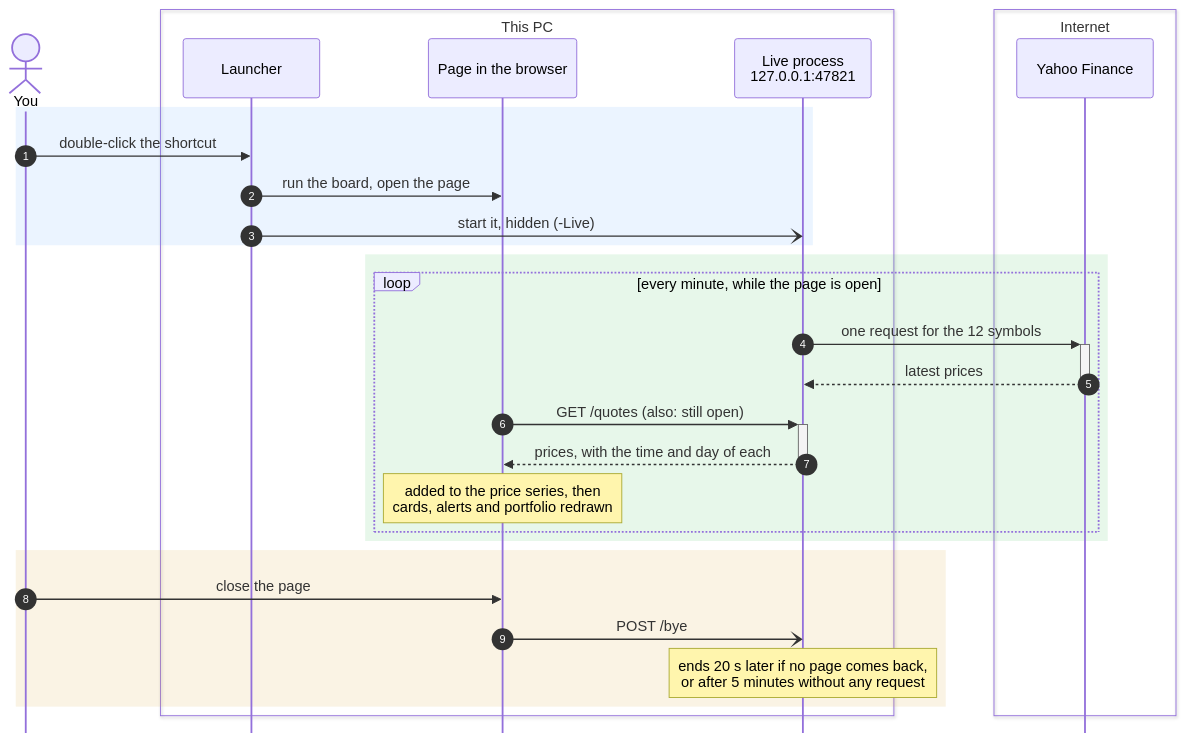
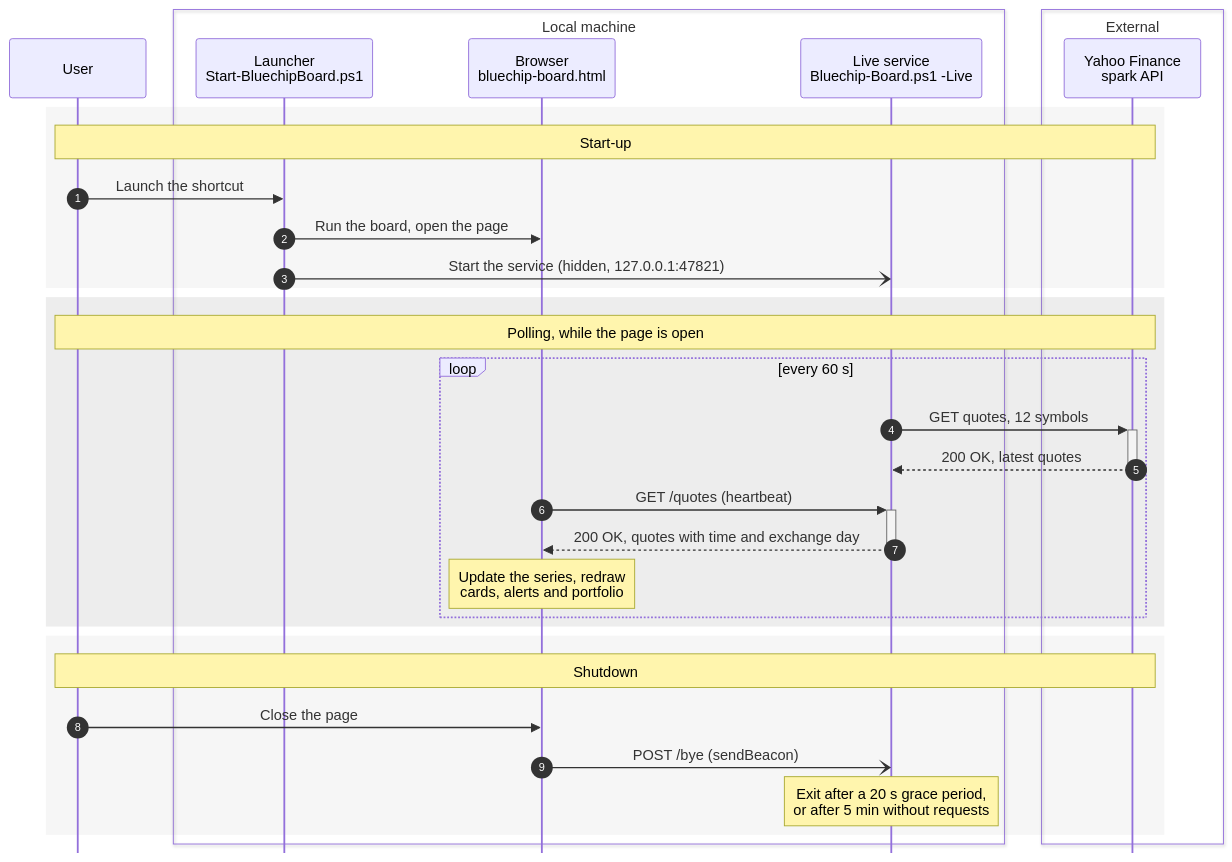
The first of 6 diagrams in README.md (biazini/BluechipBoard), drawn with Mermaid before and after one commit. The commit also changed other lines of this file and 1 other file, not shown here.

Commit message:
Docs: website layout in draw.io, formal live-prices diagram
- docs/website-layout.drawio.svg: the page (header with the asset filter and
  exchange status, the snapshot cards, the tabs and their content, the footer)
  in the site's own colours; replaces the text sketch in "The website".
- The live-prices sequence diagram in a formal style: User as a participant
  (no stick figure), technical names, HTTP messages, neutral phases titled
  Start-up, Polling and Shutdown.
All Mermaid blocks checked with Mermaid 11 (light and dark).

````diff
--- a/README.md
+++ b/README.md
@@ -42,33 +42,36 @@
 ```mermaid
 %%{init: {'sequence': {'mirrorActors': false}}}%%
 sequenceDiagram
     autonumber
-    actor U as You
-    box transparent This PC
-        participant L as Launcher
-        participant B as Page in the browser
-        participant P as Live process<br/>127.0.0.1:47821
+    participant U as User
+    box transparent Local machine
+        participant L as Launcher<br/>Start-BluechipBoard.ps1
+        participant B as Browser<br/>bluechip-board.html
+        participant P as Live service<br/>Bluechip-Board.ps1 -Live
     end
-    box transparent Internet
-        participant Y as Yahoo Finance
+    box transparent External
+        participant Y as Yahoo Finance<br/>spark API
     end
-    rect rgba(88,166,255,0.12)
-        U->>L: double-click the shortcut
-        L->>B: run the board, open the page
-        L-)P: start it, hidden (-Live)
+    rect rgba(128,128,128,0.07)
+        Note over U,Y: Start-up
+        U->>L: Launch the shortcut
+        L->>B: Run the board, open the page
+        L-)P: Start the service (hidden, 127.0.0.1:47821)
     end
-    rect rgba(63,185,80,0.12)
-        loop every minute, while the page is open
-            P->>+Y: one request for the 12 symbols
-            Y-->>-P: latest prices
-            B->>+P: GET /quotes (also: still open)
-            P-->>-B: prices, with the time and day of each
-            Note over B: added to the price series, then<br/>cards, alerts and portfolio redrawn
+    rect rgba(128,128,128,0.14)
+        Note over U,Y: Polling, while the page is open
+        loop every 60 s
+            P->>+Y: GET quotes, 12 symbols
+            Y-->>-P: 200 OK, latest quotes
+            B->>+P: GET /quotes (heartbeat)
+            P-->>-B: 200 OK, quotes with time and exchange day
+            Note over B: Update the series, redraw<br/>cards, alerts and portfolio
         end
     end
-    rect rgba(210,153,34,0.12)
-        U->>B: close the page
-        B-)P: POST /bye
-        Note over P: ends 20 s later if no page comes back,<br/>or after 5 minutes without any request
+    rect rgba(128,128,128,0.07)
+        Note over U,Y: Shutdown
+        U->>B: Close the page
+        B-)P: POST /bye (sendBeacon)
+        Note over P: Exit after a 20 s grace period,<br/>or after 5 min without requests
     end
 ```
````
